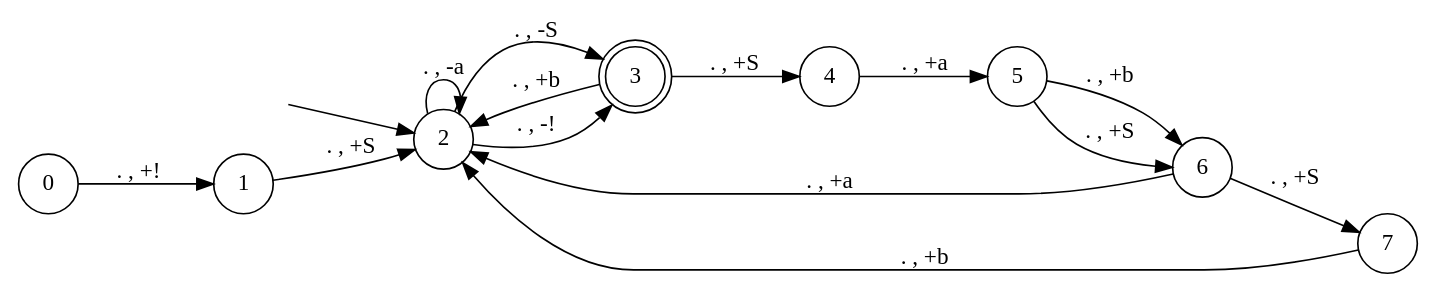
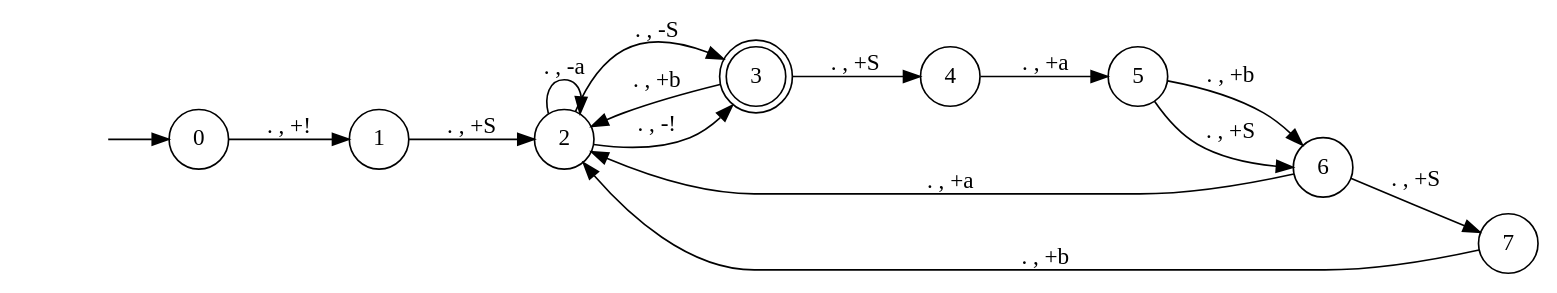
The diagram in test_1.gv (tsubaric/ToC), drawn with Graphviz before and after one commit. The commit also changed 2 other files, not shown here.

```diff
--- a/test_1.gv
+++ b/test_1.gv
@@ -1,21 +1,21 @@
 digraph pda {
 rankdir = LR;
 hidden [shape = plaintext, label = ""];
 node [shape = doublecircle];
 3;
 node [shape = circle];
-hidden -> 2;
+hidden -> 0;
 0 -> 1 [label = ". , +!"];
 1 -> 2 [label = ". , +S"];
 2 -> 2 [label = ". , -a"];
 2 -> 3 [label = ". , -!"];
 2 -> 3 [label = ". , -S"];
 3 -> 2 [label = ". , +b"];
 3 -> 4 [label = ". , +S"];
 4 -> 5 [label = ". , +a"];
 5 -> 6 [label = ". , +b"];
 5 -> 6 [label = ". , +S"];
 6 -> 2 [label = ". , +a"];
 6 -> 7 [label = ". , +S"];
 7 -> 2 [label = ". , +b"];
 }
```
